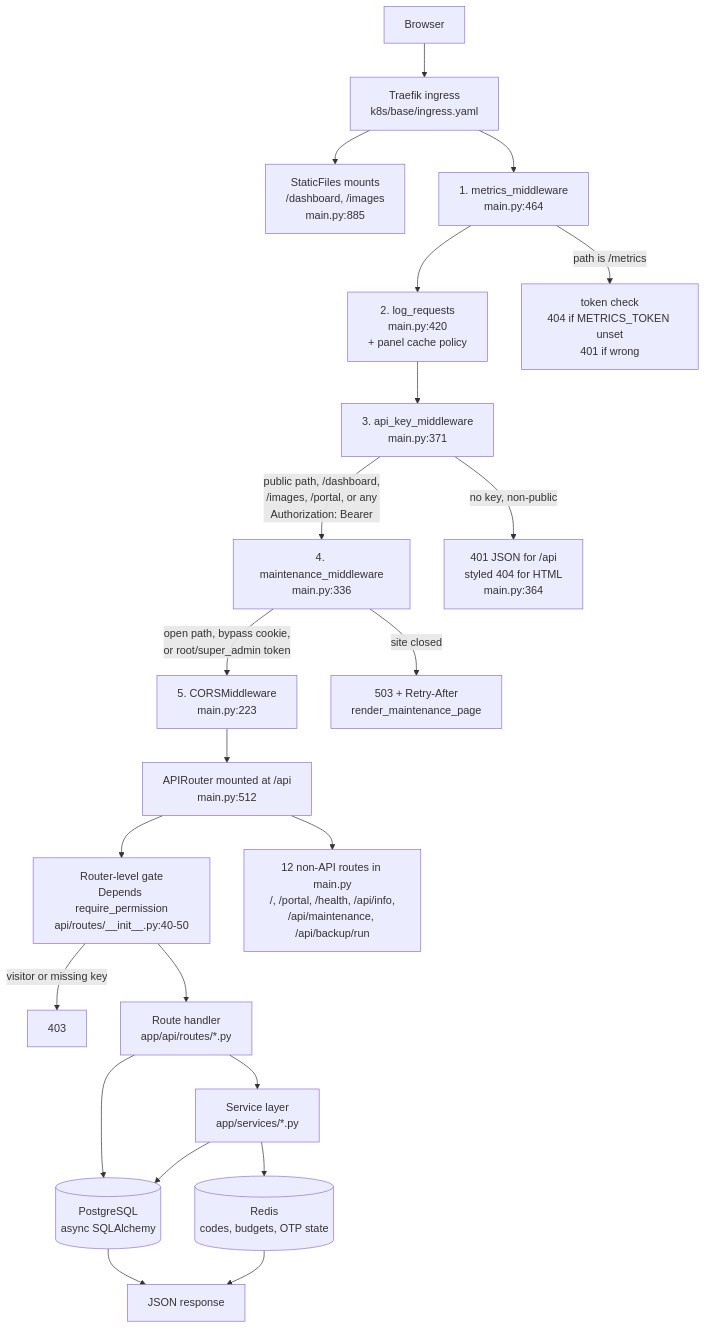
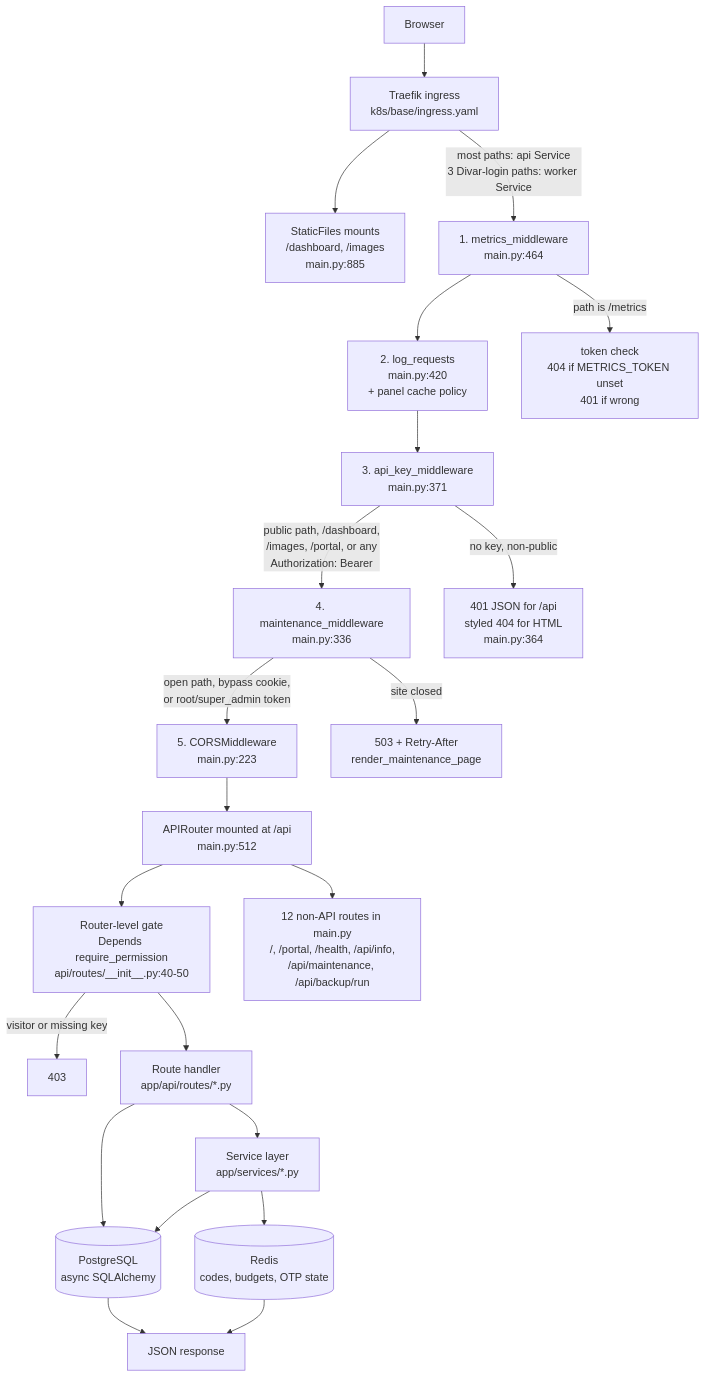
Before and after one commit to Tecso-Dev/SorinFlow-DaTA-mAmager: the third of 5 diagrams in README.md, drawn with Mermaid. The commit also changed other lines of this file, not shown here.

````diff
--- a/README.md
+++ b/README.md
@@ -174,32 +176,32 @@
 ```mermaid
 flowchart TD
     B["Browser"] --> TR["Traefik ingress<br/>k8s/base/ingress.yaml"]
     TR --> ST["StaticFiles mounts<br/>/dashboard, /images<br/>main.py:885"]
-    TR --> MET
+    TR -->|"most paths: api Service<br/>3 Divar-login paths: worker Service"| MET
 
     MET["1. metrics_middleware<br/>main.py:464"] --> LOG
     MET -->|"path is /metrics"| MTOK["token check<br/>404 if METRICS_TOKEN unset<br/>401 if wrong"]
 
     LOG["2. log_requests<br/>main.py:420<br/>+ panel cache policy"] --> KEY
 
     KEY["3. api_key_middleware<br/>main.py:371"] -->|"public path, /dashboard,<br/>/images, /portal, or any<br/>Authorization: Bearer"| MNT
     KEY -->|"no key, non-public"| K401["401 JSON for /api<br/>styled 404 for HTML<br/>main.py:364"]
 
     MNT["4. maintenance_middleware<br/>main.py:336"] -->|"open path, bypass cookie,<br/>or root/super_admin token"| CORS
     MNT -->|"site closed"| M503["503 + Retry-After<br/>render_maintenance_page"]
 
     CORS["5. CORSMiddleware<br/>main.py:223"] --> RT
 
     RT["APIRouter mounted at /api<br/>main.py:512"] --> PERM
     RT --> PAGE["12 non-API routes in main.py<br/>/, /portal, /health, /api/info,<br/>/api/maintenance, /api/backup/run"]
 
     PERM["Router-level gate<br/>Depends require_permission<br/>api/routes/__init__.py:40-50"] -->|"visitor or missing key"| P403["403"]
     PERM --> H["Route handler<br/>app/api/routes/*.py"]
 
     H --> SV["Service layer<br/>app/services/*.py"]
     H --> DB[("PostgreSQL<br/>async SQLAlchemy")]
     SV --> DB
     SV --> RD[("Redis<br/>codes, budgets, OTP state")]
     DB --> RESP["JSON response"]
     RD --> RESP
 ```
````
